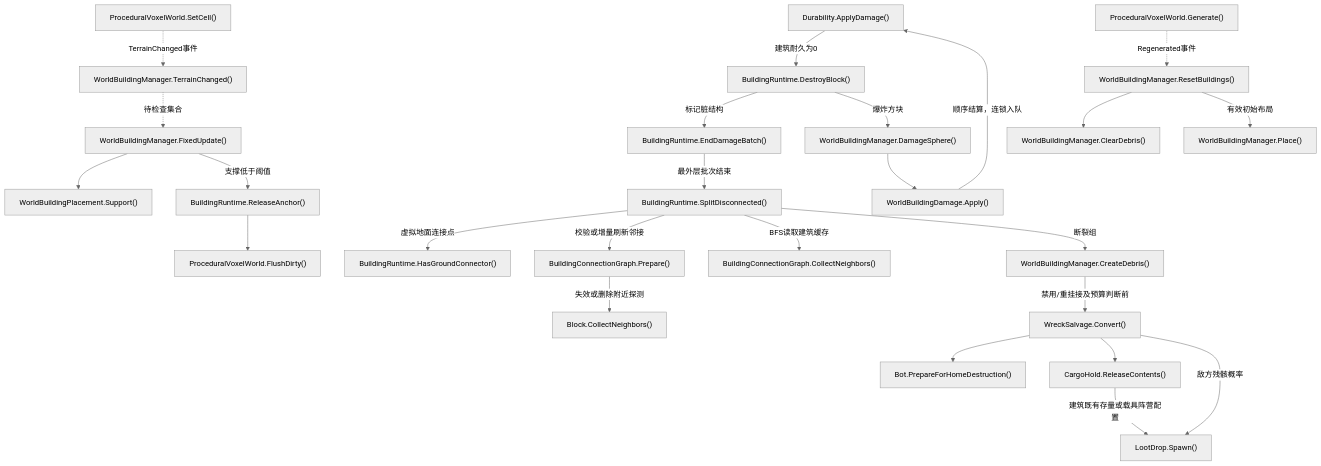
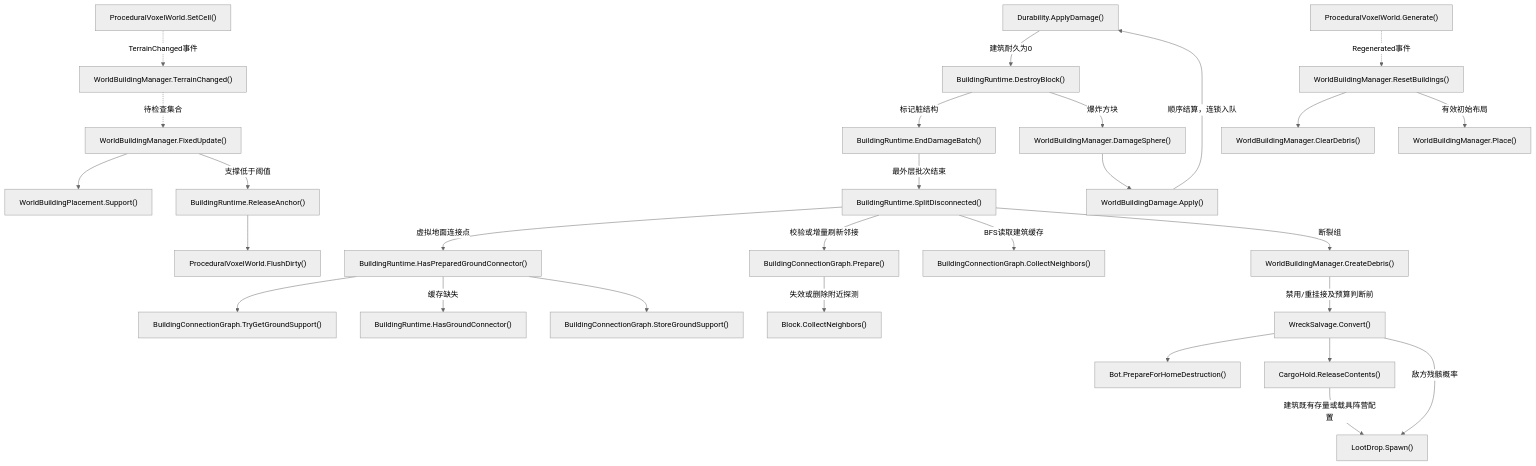
Before and after one commit to kukudia/HY-Sandbox: diagram 23 of 38 in Docs/RuntimeFlow.md, drawn with Mermaid (neutral theme). The commit also changed other lines of this file and 21 other files, not shown here.

First line of the commit message:
perf: reuse validated building foundation support

```diff
--- a/Docs/RuntimeFlow.md
+++ b/Docs/RuntimeFlow.md
@@ -2148,7 +2148,7 @@
     D["WorldBuildingPlacement.Support()"]
     click D "../Assets/Scripts/Features/World/WorldBuildingPlacement.cs#L111" "打开源码"
     E["BuildingRuntime.ReleaseAnchor()"]
-    click E "../Assets/Scripts/Features/World/BuildingRuntime.cs#L395" "打开源码"
+    click E "../Assets/Scripts/Features/World/BuildingRuntime.cs#L408" "打开源码"
     F["ProceduralVoxelWorld.FlushDirty()"]
     click F "../Assets/Scripts/Features/World/ProceduralVoxelWorld.cs#L538" "打开源码"
     G["Durability.ApplyDamage()"]
@@ -2180,7 +2180,7 @@
     Q["WorldBuildingManager.Place()"]
     click Q "../Assets/Scripts/Features/World/WorldBuildingManager.cs#L96" "打开源码"
     R["BuildingRuntime.HasGroundConnector()"]
-    click R "../Assets/Scripts/Features/World/BuildingRuntime.cs#L374" "打开源码"
+    click R "../Assets/Scripts/Features/World/BuildingRuntime.cs#L387" "打开源码"
     S["WreckSalvage.Convert()"]
     click S "../Assets/Scripts/Features/Salvage/WreckSalvage.cs#L10" "打开源码"
     T["CargoHold.ReleaseContents()"]
@@ -2189,6 +2189,12 @@
     click U "../Assets/Scripts/Features/Bots/Bot.cs#L210" "打开源码"
     V["LootDrop.Spawn()"]
     click V "../Assets/Scripts/Features/Salvage/LootDrop.cs#L83" "打开源码"
+    Z["BuildingRuntime.HasPreparedGroundConnector()"]
+    click Z "../Assets/Scripts/Features/World/BuildingRuntime.cs#L374" "打开源码"
+    AA["BuildingConnectionGraph.TryGetGroundSupport()"]
+    click AA "../Assets/Scripts/Features/World/BuildingConnectionGraph.cs#L126" "打开源码"
+    AB["BuildingConnectionGraph.StoreGroundSupport()"]
+    click AB "../Assets/Scripts/Features/World/BuildingConnectionGraph.cs#L138" "打开源码"
     A -.->|TerrainChanged事件| B
     B -.->|待检查集合| C
     C --> D
@@ -2197,7 +2203,10 @@
     G -->|建筑耐久为0| H
     H -->|标记脏结构| W
     W -->|最外层批次结束| I
-    I -->|虚拟地面连接点| R
+    I -->|虚拟地面连接点| Z
+    Z --> AA
+    Z -->|缓存缺失| R
+    Z --> AB
     I -->|校验或增量刷新邻接| X
     X -->|失效或删除附近探测| J
     I -->|BFS读取建筑缓存| Y
```
